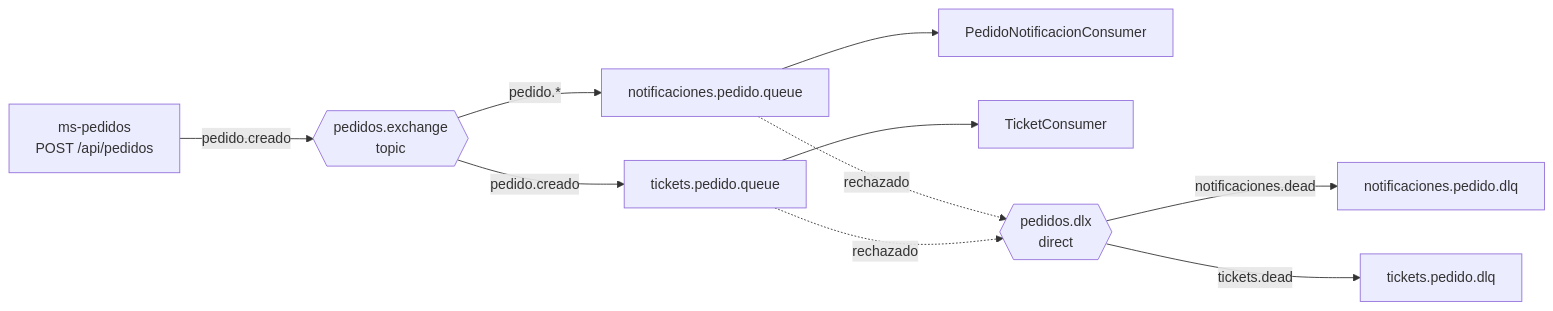
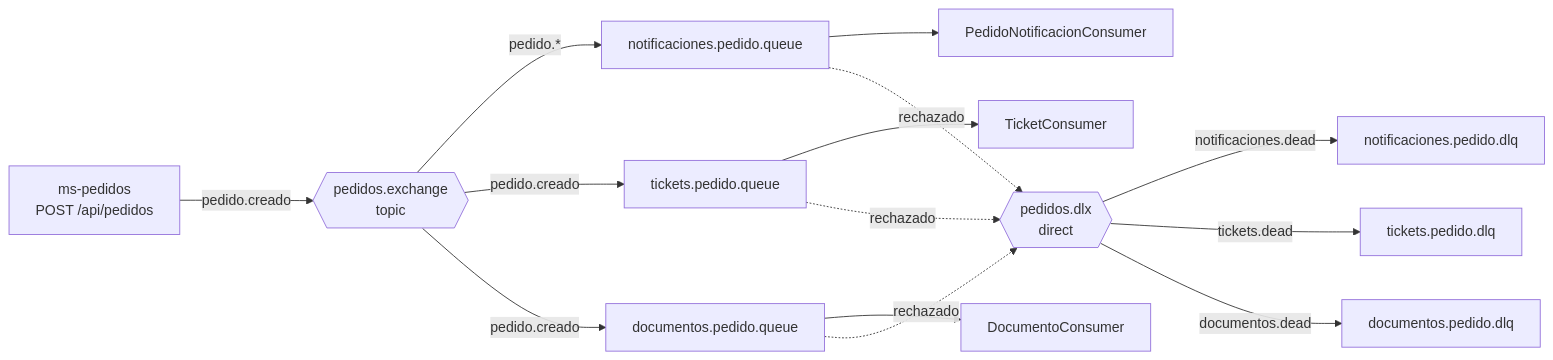
One commit to amaro392/Pedidos360 changed the diagram in README.md. Above: the diagram before and after it, drawn with Mermaid. The commit also changed other lines of this file and 8 other files, not shown here.

Commit message:
cola de documentos, DLQ con logs

````diff
--- a/README.md
+++ b/README.md
@@ -21,12 +21,16 @@
 ```mermaid
 flowchart LR
     P[ms-pedidos<br/>POST /api/pedidos] -->|pedido.creado| E{{pedidos.exchange<br/>topic}}
     E -->|pedido.*| QN[notificaciones.pedido.queue]
     E -->|pedido.creado| QT[tickets.pedido.queue]
+    E -->|pedido.creado| QD[documentos.pedido.queue]
     QN --> CN[PedidoNotificacionConsumer]
     QT --> CT[TicketConsumer]
+    QD --> CD[DocumentoConsumer]
     QN -. rechazado .-> D{{pedidos.dlx<br/>direct}}
     QT -. rechazado .-> D
+    QD -. rechazado .-> D
     D -->|notificaciones.dead| DN[notificaciones.pedido.dlq]
     D -->|tickets.dead| DT[tickets.pedido.dlq]
+    D -->|documentos.dead| DD[documentos.pedido.dlq]
 ```
````
